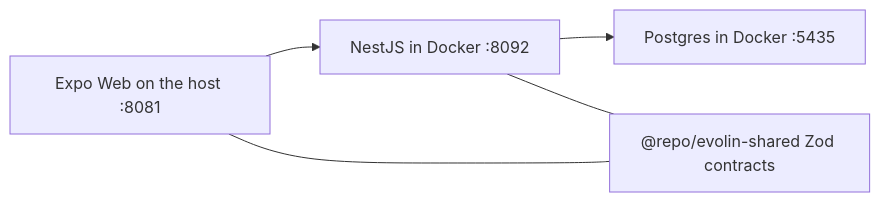
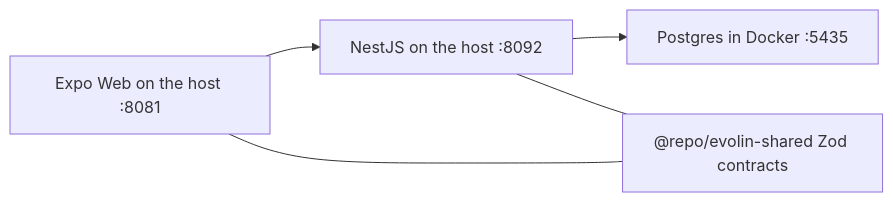
Before and after one commit to GetRaider/idea-monorepo: the second of 2 diagrams in docs/prd/EVL/evolin-mvp.md, drawn with Mermaid. The commit also changed other lines of this file and 9 other files, not shown here.

````diff
--- a/docs/prd/EVL/evolin-mvp.md
+++ b/docs/prd/EVL/evolin-mvp.md
@@ -660,11 +660,11 @@
 ```mermaid
 flowchart LR
   browser["Expo Web on the host :8081"]
-  api["NestJS in Docker :8092"]
+  api["NestJS on the host :8092"]
   db["Postgres in Docker :5435"]
   shared["@repo/evolin-shared Zod contracts"]
   browser --> api
   api --> db
   browser --- shared
   api --- shared
 ```
````
